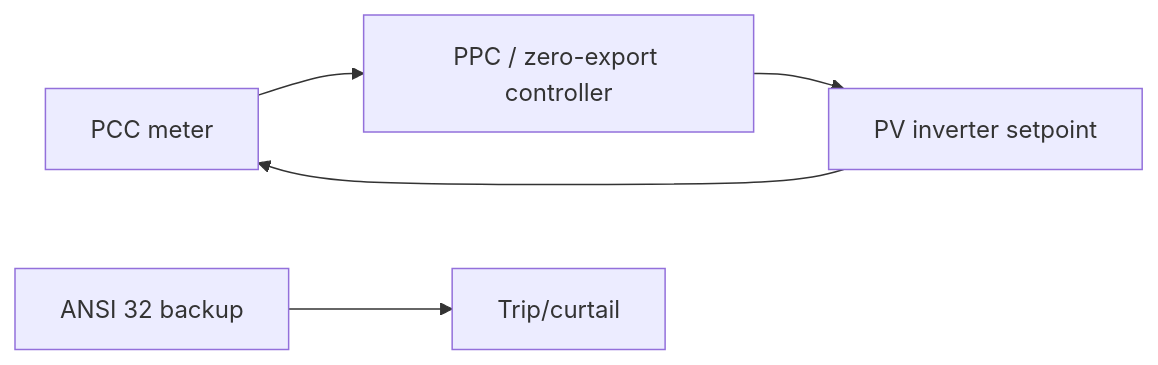
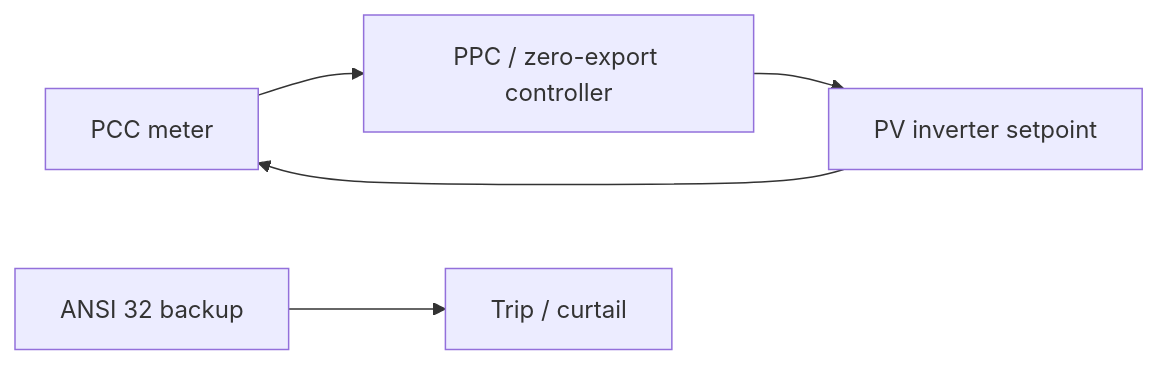
The fifth of 8 diagrams in 4.CT_PT_Solar_Zero_Export_Guide_TH.md (itipunsnk-max/Guidline_Solar_rooftop_thailand), drawn with Mermaid before and after one commit. The commit also changed other lines of this file, not shown here.

````diff
--- a/4.CT_PT_Solar_Zero_Export_Guide_TH.md
+++ b/4.CT_PT_Solar_Zero_Export_Guide_TH.md
@@ -308,7 +410,7 @@
 ```mermaid
 flowchart LR
- P[PCC meter]-->C[PPC / zero-export controller]
- C-->I[PV inverter setpoint]
- I-->P
- R[ANSI 32 backup]-->T[Trip/curtail]
+ P["PCC meter"] --> C["PPC / zero-export controller"]
+ C --> I["PV inverter setpoint"]
+ I --> P
+ R["ANSI 32 backup"] --> T["Trip / curtail"]
 ```
````
